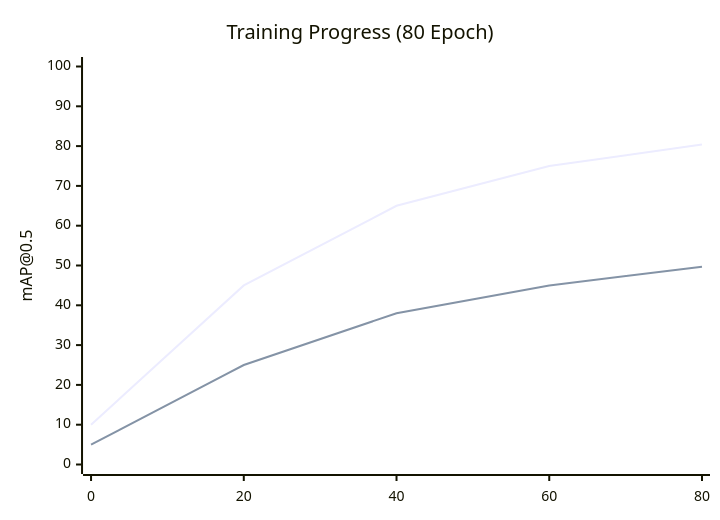
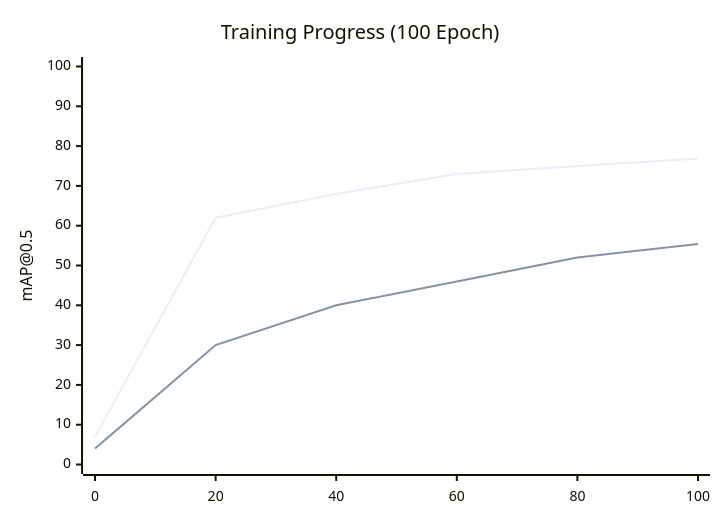
Before and after one commit to aryaw/SmartBin: the second of 2 diagrams in proposalPaper/presentation.md, drawn with Mermaid. The commit also changed other lines of this file and 1 other file, not shown here.

````diff
--- a/proposalPaper/presentation.md
+++ b/proposalPaper/presentation.md
@@ -314,8 +368,8 @@
 ```mermaid
 xychart-beta
-    title "Training Progress (80 Epoch)"
-    x-axis ["0", "20", "40", "60", "80"]
+    title "Training Progress (100 Epoch)"
+    x-axis ["0", "20", "40", "60", "80", "100"]
     y-axis "mAP@0.5" 0 --> 100
-    line "Box mAP" [10, 45, 65, 75, 80.4]
-    line "Mask mAP" [5, 25, 38, 45, 49.7]
+    line "Box mAP" [7, 62, 68, 73, 75, 76.9]
+    line "Mask mAP" [4, 30, 40, 46, 52, 55.4]
 ```
````
